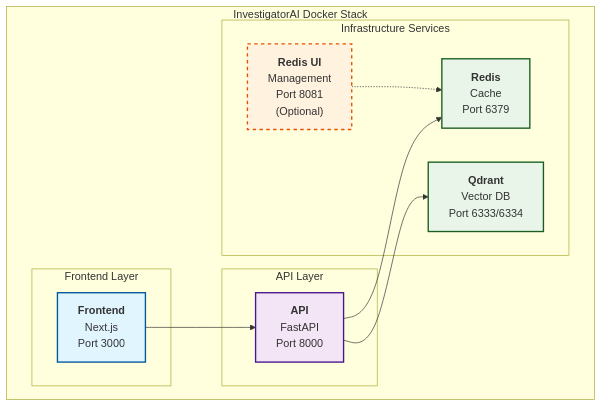
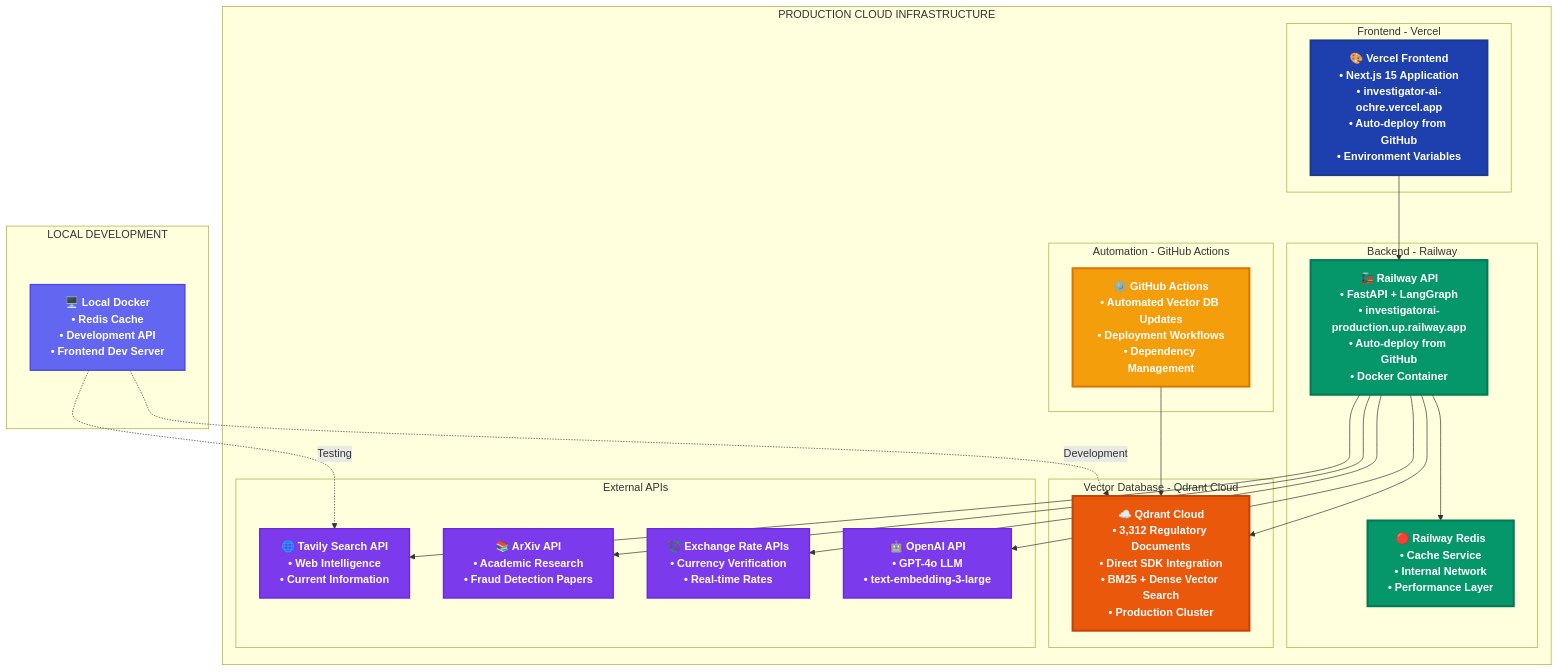
The diagram in deploy/README.md (ovokpus/InvestigatorAI), drawn with Mermaid before and after one commit. The commit also changed other lines of this file and 6 other files, not shown here.

````diff
--- a/deploy/README.md
+++ b/deploy/README.md
@@ -23,33 +9,62 @@
 ```mermaid
 graph TB
-    subgraph "InvestigatorAI Docker Stack"
-        subgraph "Frontend Layer"
-            F["`**Frontend**<br/>Next.js<br/>Port 3000`"]
+    subgraph "PRODUCTION CLOUD INFRASTRUCTURE"
+        subgraph "Frontend - Vercel"
+            VF["🎨 Vercel Frontend<br/>• Next.js 15 Application<br/>• investigator-ai-ochre.vercel.app<br/>• Auto-deploy from GitHub<br/>• Environment Variables"]
         end
         
-        subgraph "API Layer"
-            A["`**API**<br/>FastAPI<br/>Port 8000`"]
+        subgraph "Backend - Railway"
+            RB["🚂 Railway API<br/>• FastAPI + LangGraph<br/>• investigatorai-production.up.railway.app<br/>• Auto-deploy from GitHub<br/>• Docker Container"]
+            
+            RR["🔴 Railway Redis<br/>• Cache Service<br/>• Internal Network<br/>• Performance Layer"]
         end
         
-        subgraph "Infrastructure Services"
-            R["`**Redis**<br/>Cache<br/>Port 6379`"]
-            Q["`**Qdrant**<br/>Vector DB<br/>Port 6333/6334`"]
-            UI["`**Redis UI**<br/>Management<br/>Port 8081<br/>(Optional)`"]
+        subgraph "Vector Database - Qdrant Cloud"
+            QC["☁️ Qdrant Cloud<br/>• 3,312 Regulatory Documents<br/>• Direct SDK Integration<br/>• BM25 + Dense Vector Search<br/>• Production Cluster"]
+        end
+        
+        subgraph "External APIs"
+            TAVILY["🌐 Tavily Search API<br/>• Web Intelligence<br/>• Current Information"]
+            ARXIV["📚 ArXiv API<br/>• Academic Research<br/>• Fraud Detection Papers"]
+            EXCHANGE["💱 Exchange Rate APIs<br/>• Currency Verification<br/>• Real-time Rates"]
+            OPENAI["🤖 OpenAI API<br/>• GPT-4o LLM<br/>• text-embedding-3-large"]
+        end
+        
+        subgraph "Automation - GitHub Actions"
+            GA["⚙️ GitHub Actions<br/>• Automated Vector DB Updates<br/>• Deployment Workflows<br/>• Dependency Management"]
         end
     end
     
-    F --> A
-    A --> R
-    A --> Q
-    UI -.-> R
+    subgraph "LOCAL DEVELOPMENT"
+        LD["🖥️ Local Docker<br/>• Redis Cache<br/>• Development API<br/>• Frontend Dev Server"]
+    end
     
-    classDef frontend fill:#e1f5fe,stroke:#01579b,stroke-width:2px
-    classDef api fill:#f3e5f5,stroke:#4a148c,stroke-width:2px  
-    classDef infrastructure fill:#e8f5e8,stroke:#1b5e20,stroke-width:2px
-    classDef optional fill:#fff3e0,stroke:#e65100,stroke-width:2px,stroke-dasharray: 5 5
+    %% Production connections
+    VF --> RB
+    RB --> RR
+    RB --> QC
+    RB --> TAVILY
+    RB --> ARXIV
+    RB --> EXCHANGE
+    RB --> OPENAI
+    GA --> QC
     
-    class F frontend
-    class A api
-    class R,Q infrastructure
-    class UI optional
+    %% Development connections
+    LD -.->|"Development"| QC
+    LD -.->|"Testing"| TAVILY
+    
+    %% Styling
+    classDef frontend fill:#1e40af,stroke:#1e3a8a,stroke-width:3px,color:#ffffff,font-weight:bold
+    classDef backend fill:#059669,stroke:#047857,stroke-width:3px,color:#ffffff,font-weight:bold
+    classDef database fill:#ea580c,stroke:#c2410c,stroke-width:3px,color:#ffffff,font-weight:bold
+    classDef external fill:#7c3aed,stroke:#6d28d9,stroke-width:2px,color:#ffffff,font-weight:bold
+    classDef automation fill:#f59e0b,stroke:#d97706,stroke-width:3px,color:#ffffff,font-weight:bold
+    classDef development fill:#6366f1,stroke:#4f46e5,stroke-width:2px,color:#ffffff,font-weight:bold
+    
+    class VF frontend
+    class RB,RR backend
+    class QC database
+    class TAVILY,ARXIV,EXCHANGE,OPENAI external
+    class GA automation
+    class LD development
 ```
````
